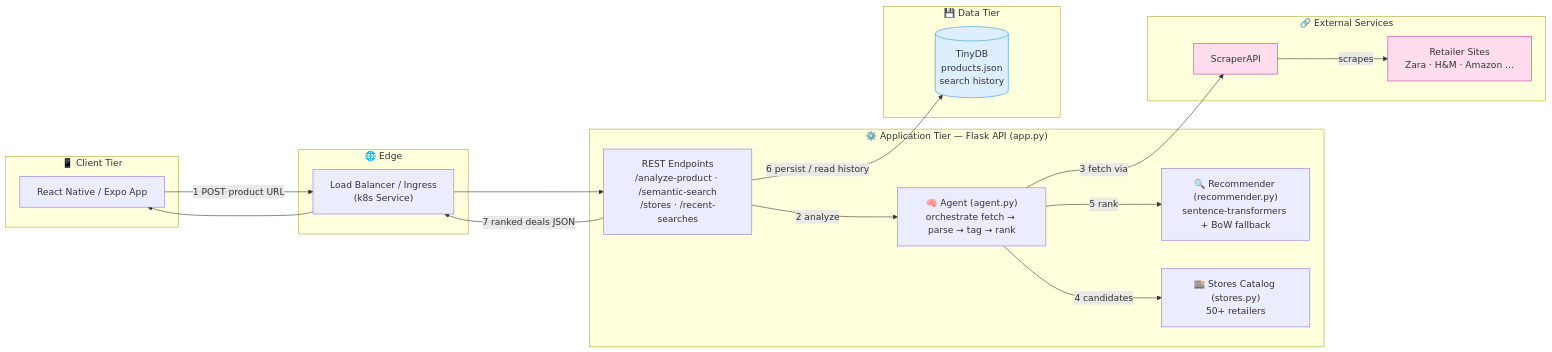
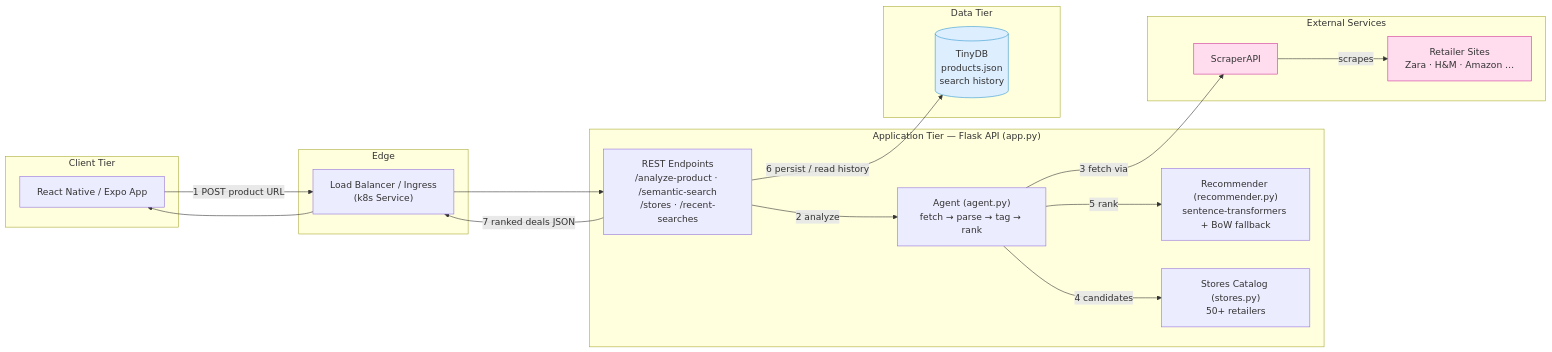
The diagram in README.md (pinaki-08/fashion-deal-recommender), drawn with Mermaid before and after one commit. The commit also changed other lines of this file, not shown here.

````diff
--- a/README.md
+++ b/README.md
@@ -39,41 +39,41 @@
 ```mermaid
 flowchart LR
-    subgraph CLIENT["📱 Client Tier"]
+    subgraph CLIENT["Client Tier"]
         U["React Native / Expo App"]
     end
 
-    subgraph EDGE["🌐 Edge"]
+    subgraph EDGE["Edge"]
         LB["Load Balancer / Ingress<br/>(k8s Service)"]
     end
 
-    subgraph APP["⚙️ Application Tier — Flask API (app.py)"]
+    subgraph APP["Application Tier — Flask API (app.py)"]
         API["REST Endpoints<br/>/analyze-product · /semantic-search<br/>/stores · /recent-searches"]
-        AG["🧠 Agent (agent.py)<br/>orchestrate fetch → parse → tag → rank"]
-        REC["🔍 Recommender (recommender.py)<br/>sentence-transformers + BoW fallback"]
-        ST["🏬 Stores Catalog (stores.py)<br/>50+ retailers"]
+        AG["Agent (agent.py)<br/>fetch → parse → tag → rank"]
+        REC["Recommender (recommender.py)<br/>sentence-transformers + BoW fallback"]
+        ST["Stores Catalog (stores.py)<br/>50+ retailers"]
     end
 
-    subgraph DATA["💾 Data Tier"]
+    subgraph DATA["Data Tier"]
         DB[("TinyDB<br/>products.json<br/>search history")]
     end
 
-    subgraph EXT["🔗 External Services"]
+    subgraph EXT["External Services"]
         SAPI["ScraperAPI"]
         WEB["Retailer Sites<br/>Zara · H&M · Amazon …"]
     end
 
     U -- "1 POST product URL" --> LB
     LB --> API
     API -- "2 analyze" --> AG
     AG -- "3 fetch via" --> SAPI
     SAPI -- "scrapes" --> WEB
     AG -- "4 candidates" --> ST
     AG -- "5 rank" --> REC
     API -- "6 persist / read history" --> DB
     API -- "7 ranked deals JSON" --> LB --> U
 
     classDef ext fill:#fde,stroke:#c39;
     classDef data fill:#def,stroke:#39c;
     class SAPI,WEB ext;
     class DB data;
 ```
````
